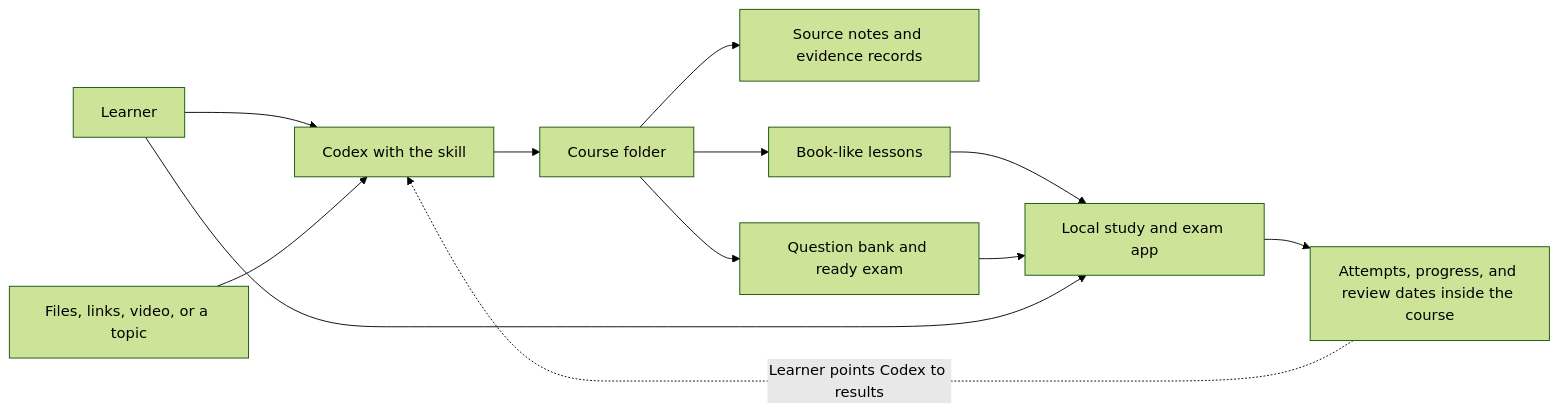
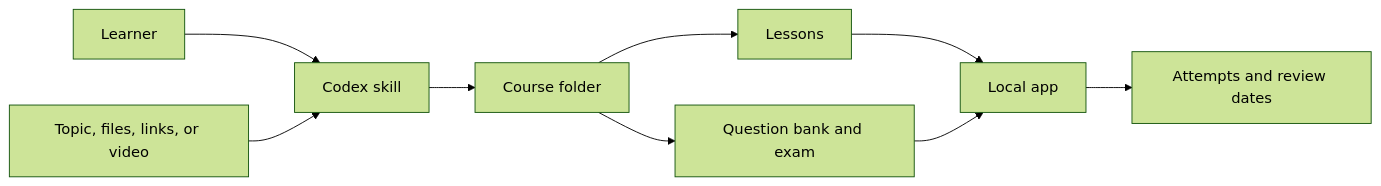
One commit to Howard-Starfield/Mastery-Ledger changed the diagram in README.md. Above: the diagram before and after it, drawn with Mermaid (forest theme). The commit also changed other lines of this file, not shown here.

````diff
--- a/README.md
+++ b/README.md
@@ -64,14 +95,11 @@
 ```mermaid
 flowchart LR
-    Learner["Learner"] --> Codex["Codex with the skill"]
-    Sources["Files, links, video, or a topic"] --> Codex
+    Learner["Learner"] --> Codex["Codex skill"]
+    Sources["Topic, files, links, or video"] --> Codex
     Codex --> Course["Course folder"]
-    Course --> Notes["Source notes and evidence records"]
-    Course --> Lessons["Book-like lessons"]
-    Course --> Bank["Question bank and ready exam"]
-    Lessons --> App["Local study and exam app"]
-    Bank --> App
-    Learner --> App
-    App --> History["Attempts, progress, and review dates inside the course"]
-    History -. "Learner points Codex to results" .-> Codex
+    Course --> Lessons["Lessons"]
+    Course --> Exam["Question bank and exam"]
+    Lessons --> App["Local app"]
+    Exam --> App
+    App --> Progress["Attempts and review dates"]
 ```
````
